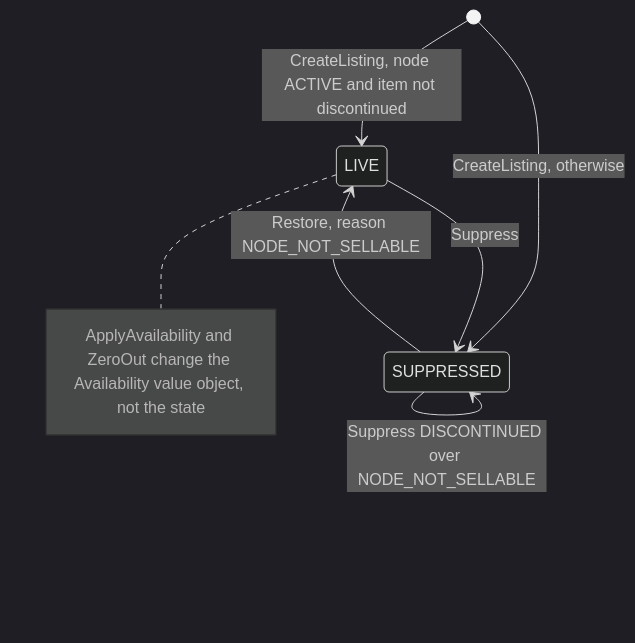
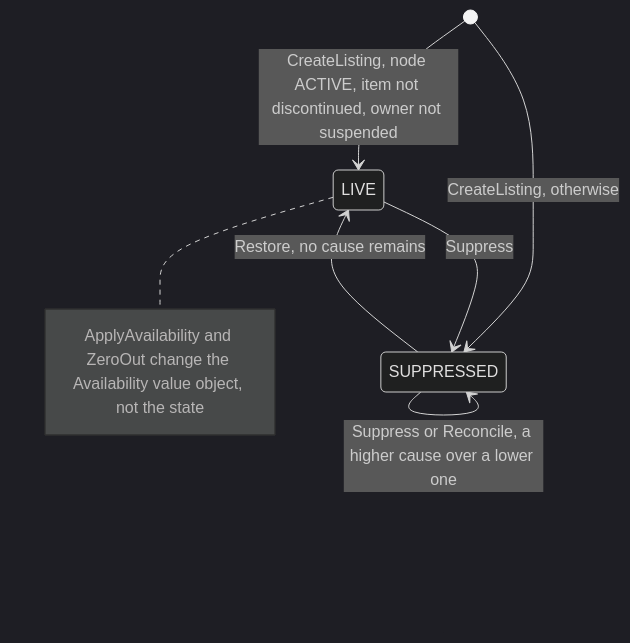
One commit to IQVO/offer-availability changed the second of 3 diagrams in docs/docs/ddd/aggregate-design-canvas.md. Above: the diagram before and after it, drawn with Mermaid (dark theme). The commit also changed other lines of this file and 15 other files, not shown here.

````diff
--- a/docs/docs/ddd/aggregate-design-canvas.md
+++ b/docs/docs/ddd/aggregate-design-canvas.md
@@ -110,11 +110,11 @@
 ```mermaid
 stateDiagram-v2
-    [*] --> LIVE: CreateListing, node ACTIVE and item not discontinued
+    [*] --> LIVE: CreateListing, node ACTIVE, item not discontinued, owner not suspended
     [*] --> SUPPRESSED: CreateListing, otherwise
     LIVE --> SUPPRESSED: Suppress
-    SUPPRESSED --> LIVE: Restore, reason NODE_NOT_SELLABLE
-    SUPPRESSED --> SUPPRESSED: Suppress DISCONTINUED over NODE_NOT_SELLABLE
+    SUPPRESSED --> LIVE: Restore, no cause remains
+    SUPPRESSED --> SUPPRESSED: Suppress or Reconcile, a higher cause over a lower one
     note right of LIVE
         ApplyAvailability and ZeroOut change the Availability value object, not the state
     end note
 ```
````
